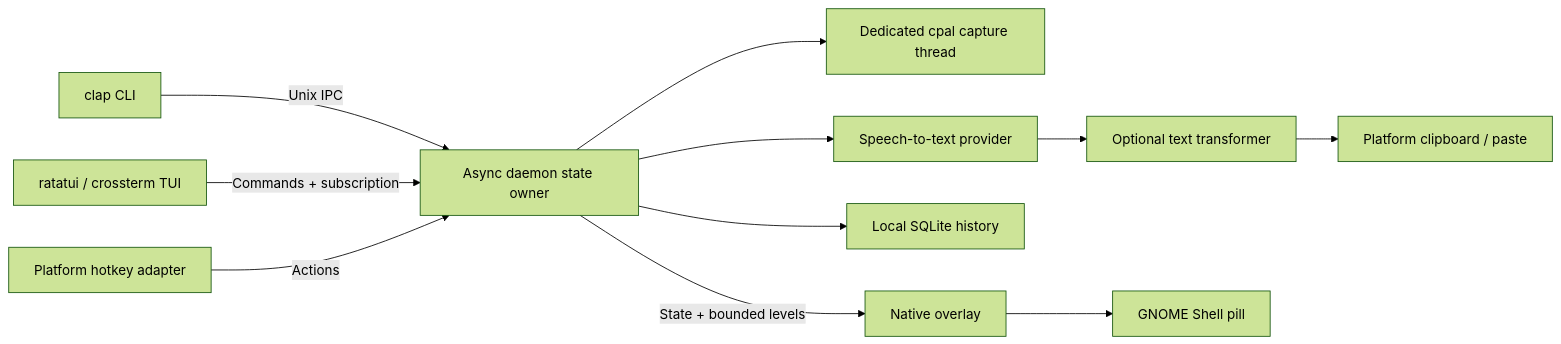
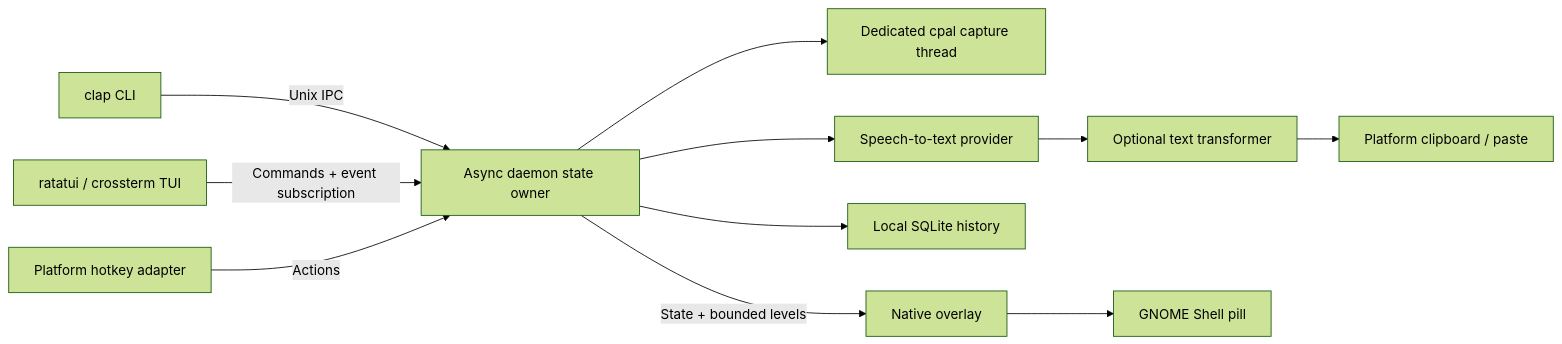
Before and after one commit to itsmrad/xflow: the diagram in ARCHITECTURE.md, drawn with Mermaid (forest theme). The commit also changed other lines of this file and 4 other files, not shown here.

````diff
--- a/ARCHITECTURE.md
+++ b/ARCHITECTURE.md
@@ -7,13 +7,13 @@
 ```mermaid
 flowchart LR
   CLI[clap CLI] -->|Unix IPC| D[Async daemon state owner]
-  TUI[ratatui / crossterm TUI] -->|Commands + subscription| D
+  TUI[ratatui / crossterm TUI] -->|Commands + event subscription| D
   H[Platform hotkey adapter] -->|Actions| D
   D --> A[Dedicated cpal capture thread]
   D --> P[Speech-to-text provider]
   P --> L[Optional text transformer]
   L --> I[Platform clipboard / paste]
   D --> S[Local SQLite history]
   D -->|State + bounded levels| O[Native overlay]
   O --> G[GNOME Shell pill]
 ```
````
